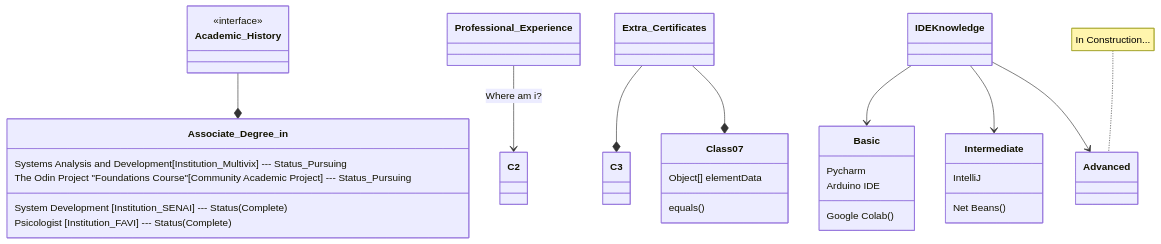
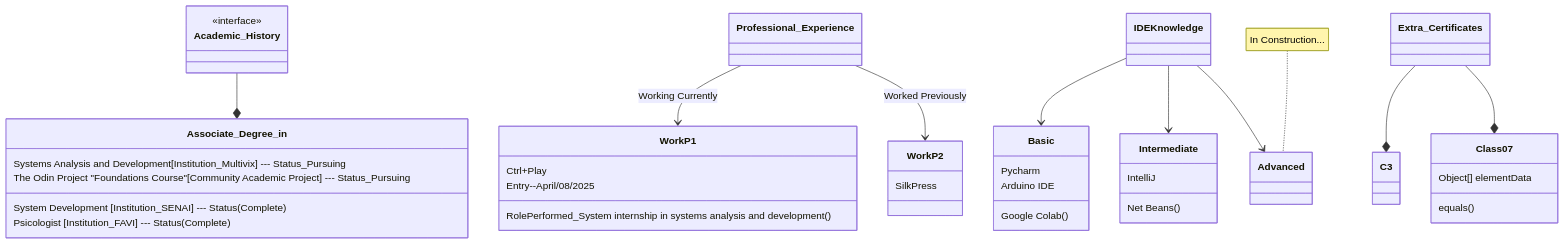
One commit to Breno-M-G/see-my-resume changed the first of 2 diagrams in README.md. Above: the diagram before and after it, drawn with Mermaid. The commit also changed other lines of this file, not shown here.

Commit message:
Upgrade_Flow_Professional_Experience

````diff
--- a/README.md
+++ b/README.md
@@ -5,36 +5,45 @@
 ``` mermaid
 classDiagram
 
 Academic_History --* Associate_Degree_in
 Associate_Degree_in : Systems Analysis and Development[Institution_Multivix] --- Status_Pursuing
 Associate_Degree_in : The Odin Project "Foundations Course"[Community Academic Project] --- Status_Pursuing
 Associate_Degree_in : System Development [Institution_SENAI] --- Status(Complete)
 Associate_Degree_in : Psicologist [Institution_FAVI] --- Status(Complete)
 <<interface>> Academic_History
-Professional_Experience--> C2 : Where am i?
+Professional_Experience--> WorkP1 : Working Currently
+Professional_Experience --> WorkP2: Worked Previously
 
-Extra_Certificates --* C3
-Extra_Certificates --* Class07
-Class07 : equals()
-Class07 : Object[] elementData
+WorkP1 : Ctrl+Play
+WorkP1 : Entry--April/08/2025
+WorkP1 : RolePerformed_System internship in systems analysis and development()
+
+WorkP2 : SilkPress
+WorkP2 : 
+
 
 IDE Knowledge --> Basic
 IDE Knowledge --> Intermediate
 IDE Knowledge --> Advanced
 
 class Basic {
     Pycharm
     Arduino IDE
     Google Colab()
 }   
 class Intermediate {
    Net Beans()   
    IntelliJ 
 }
 note for Advanced "In Construction..."
 class Advanced { 
  
 }
 
+Extra_Certificates --* C3
+Extra_Certificates --* Class07
+Class07 : equals()
+Class07 : Object[] elementData
+
 
 ```
````
